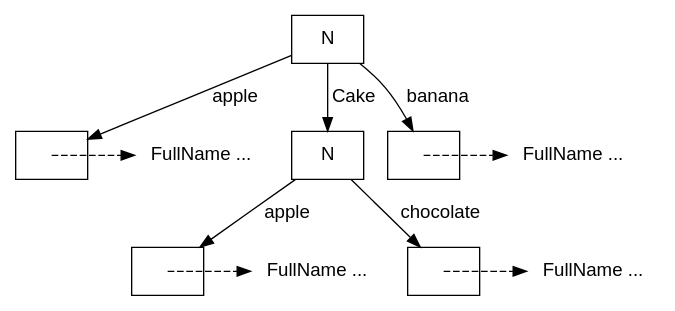
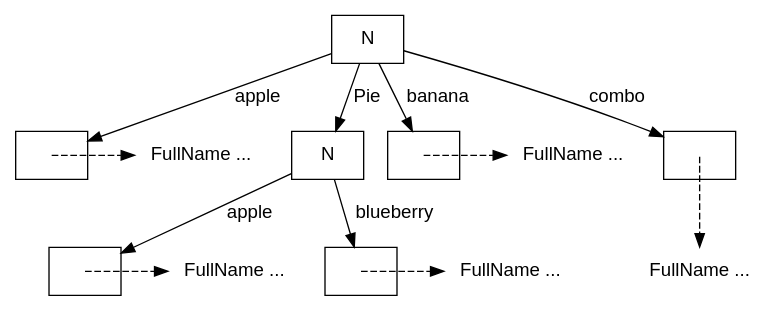
One commit to jaspervdj/jaspervdj changed the diagram in images/2015-10-23-scope-union.dot. Above: the diagram before and after it, drawn with Graphviz. The commit also changed 4 other files, not shown here.

```diff
--- a/images/2015-10-23-scope-union.dot
+++ b/images/2015-10-23-scope-union.dot
@@ -1,31 +1,35 @@
 digraph {
     graph [fontname="Helvetica"]
     node  [fontname="Helvetica"]
     edge  [fontname="Helvetica"]
 
     root [shape=box, label="N"]
     n1   [shape=box, label=""]
     n3   [shape=box, label="N"]
     n2   [shape=box, label=""]
     n4   [shape=box, label=""]
     n5   [shape=box, label=""]
+    n6   [shape=box, label=""]
     v1   [shape=plaintext, label="FullName ..."]
     v2   [shape=plaintext, label="FullName ..."]
     v4   [shape=plaintext, label="FullName ..."]
     v5   [shape=plaintext, label="FullName ..."]
+    v6   [shape=plaintext, label="FullName ..."]
 
     {rank=same n1 v1}
     {rank=same n2 v2}
     {rank=same n4 v4}
     {rank=same n5 v5}
 
     root -> n1 [label=" apple"]
     root -> n2 [label=" banana"]
-    root -> n3 [label=" Cake"]
+    root -> n3 [label=" Pie"]
+    root -> n6 [label=" combo"]
     n3   -> n4 [label=" apple"]
-    n3   -> n5 [label=" chocolate"]
+    n3   -> n5 [label=" blueberry"]
     n1   -> v1 [style=dashed, tailclip=false]
     n2   -> v2 [style=dashed, tailclip=false]
     n4   -> v4 [style=dashed, tailclip=false]
     n5   -> v5 [style=dashed, tailclip=false]
+    n6   -> v6 [style=dashed, tailclip=false]
 }
```
